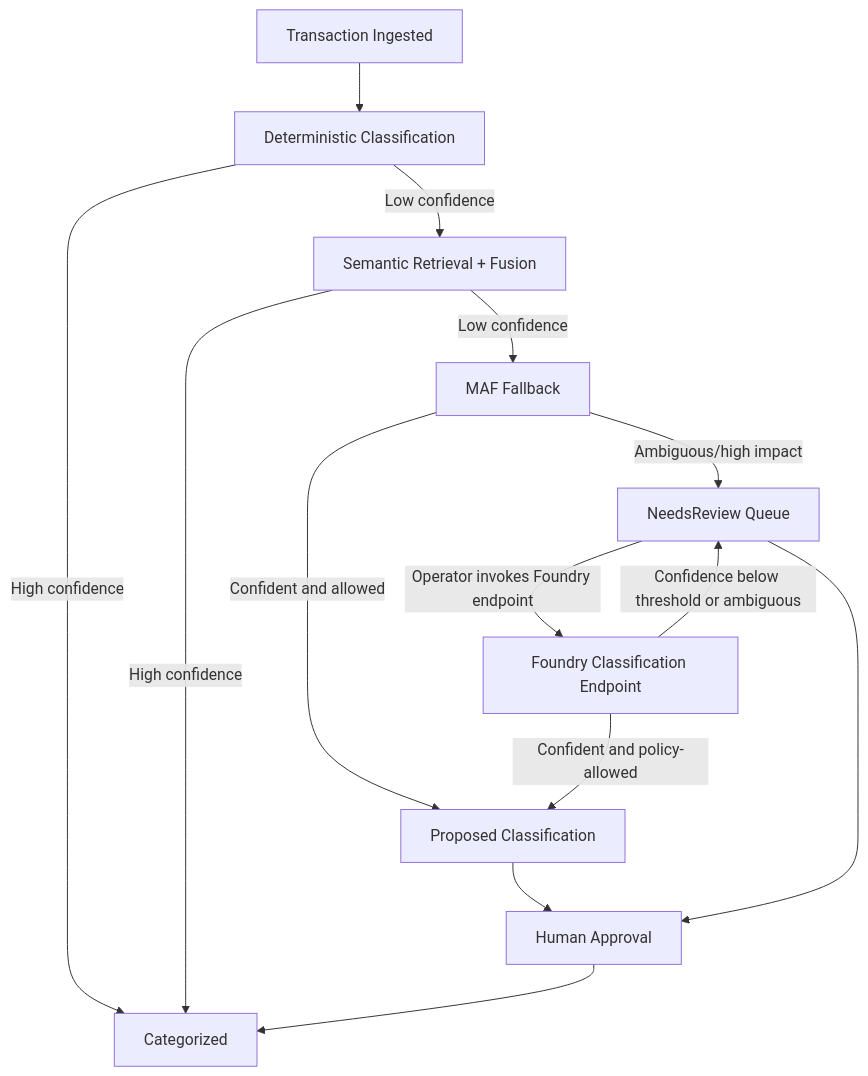
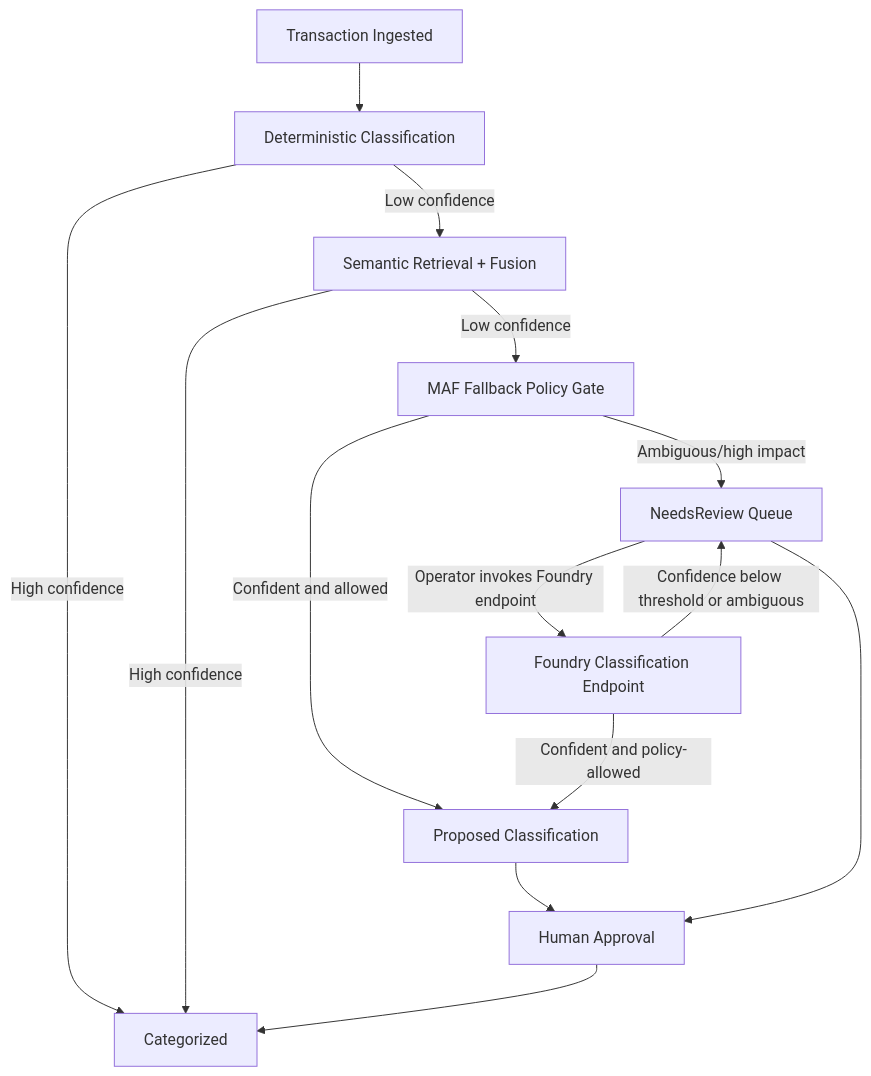
Before and after one commit to ChrisMcKee1/Mosaic-Money: the diagram in docs/architecture/ai-orchestration-flow.md, drawn with Mermaid. The commit also changed other lines of this file and 64 other files, not shown here.

````diff
--- a/docs/architecture/ai-orchestration-flow.md
+++ b/docs/architecture/ai-orchestration-flow.md
@@ -10,16 +11,16 @@
 ```mermaid
 flowchart TD
     Ingest[Transaction Ingested] --> Deterministic[Deterministic Classification]
     Deterministic -->|High confidence| Finalized[Categorized]
     Deterministic -->|Low confidence| Semantic[Semantic Retrieval + Fusion]
     Semantic -->|High confidence| Finalized
-    Semantic -->|Low confidence| MAF[MAF Fallback]
+    Semantic -->|Low confidence| MAF[MAF Fallback Policy Gate]
     MAF -->|Confident and allowed| Suggest[Proposed Classification]
     MAF -->|Ambiguous/high impact| Review[NeedsReview Queue]
     Review -->|Operator invokes Foundry endpoint| Foundry[Foundry Classification Endpoint]
     Foundry -->|Confidence below threshold or ambiguous| Review
     Foundry -->|Confident and policy-allowed| Suggest
     Suggest --> Human[Human Approval]
     Review --> Human
     Human --> Finalized
 ```
````
